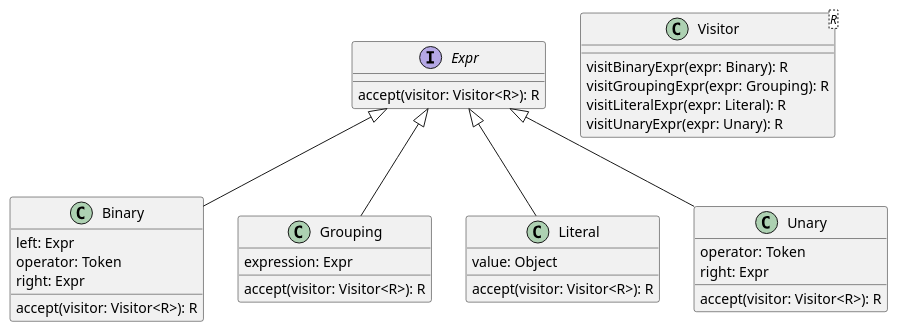
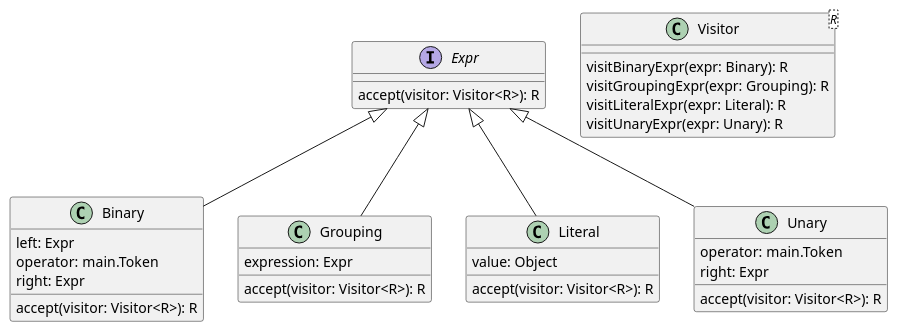
Before and after one commit to Pedrodeforonda/printScript-ingsis: the diagram in parser/src/main/resources/grammar.md, drawn with PlantUML. The commit also changed 103 other files, not shown here.

````diff
--- a/parser/src/main/resources/grammar.md
+++ b/parser/src/main/resources/grammar.md
@@ -25,36 +25,36 @@
 ```puml
 @startuml
 interface Expr {
     accept(visitor: Visitor<R>): R
 }
 class Binary {
     left: Expr
-    operator: Token
+    operator: main.Token
     right: Expr
     accept(visitor: Visitor<R>): R
 }
 class Grouping {
     expression: Expr
     accept(visitor: Visitor<R>): R
 }
 class Literal {
     value: Object
     accept(visitor: Visitor<R>): R
 }
 class Unary {
-    operator: Token
+    operator: main.Token
     right: Expr
     accept(visitor: Visitor<R>): R
 }
 class Visitor<R> {
     visitBinaryExpr(expr: Binary): R
     visitGroupingExpr(expr: Grouping): R
     visitLiteralExpr(expr: Literal): R
     visitUnaryExpr(expr: Unary): R
 }
 Expr <|-- Binary
 Expr <|-- Grouping
 Expr <|-- Literal
 Expr <|-- Unary
 @enduml
 ```
````
